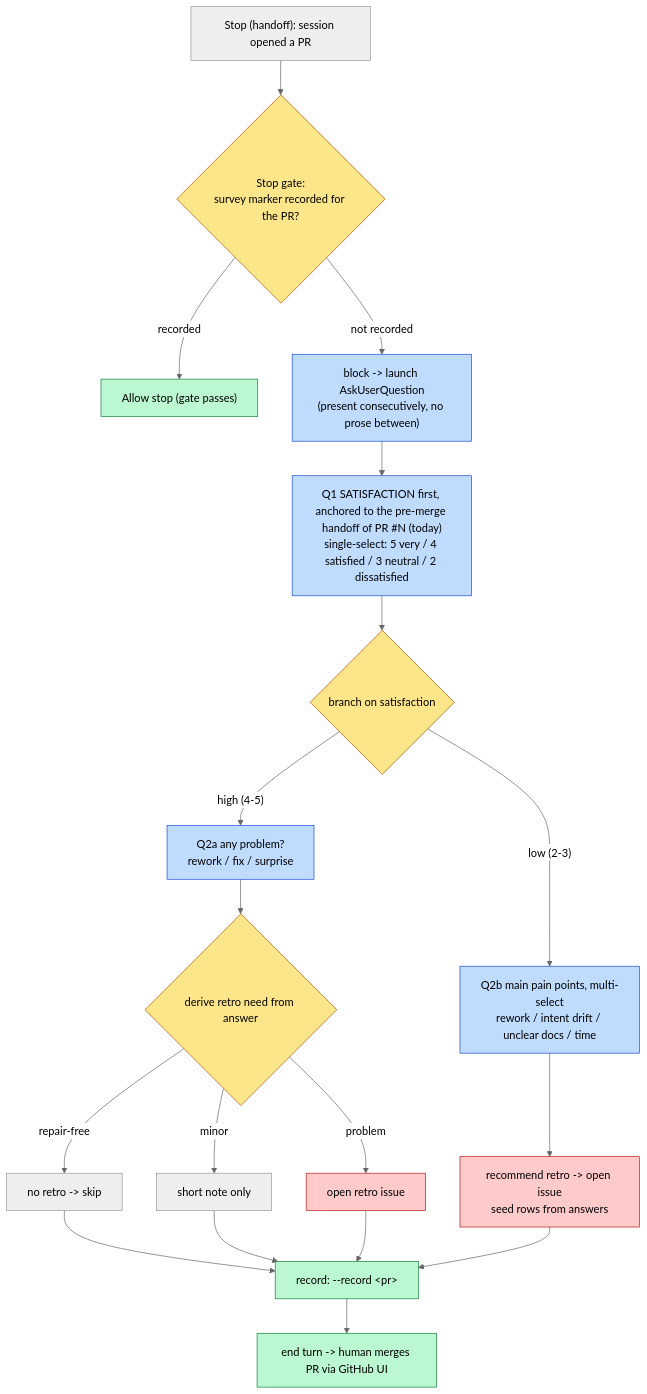
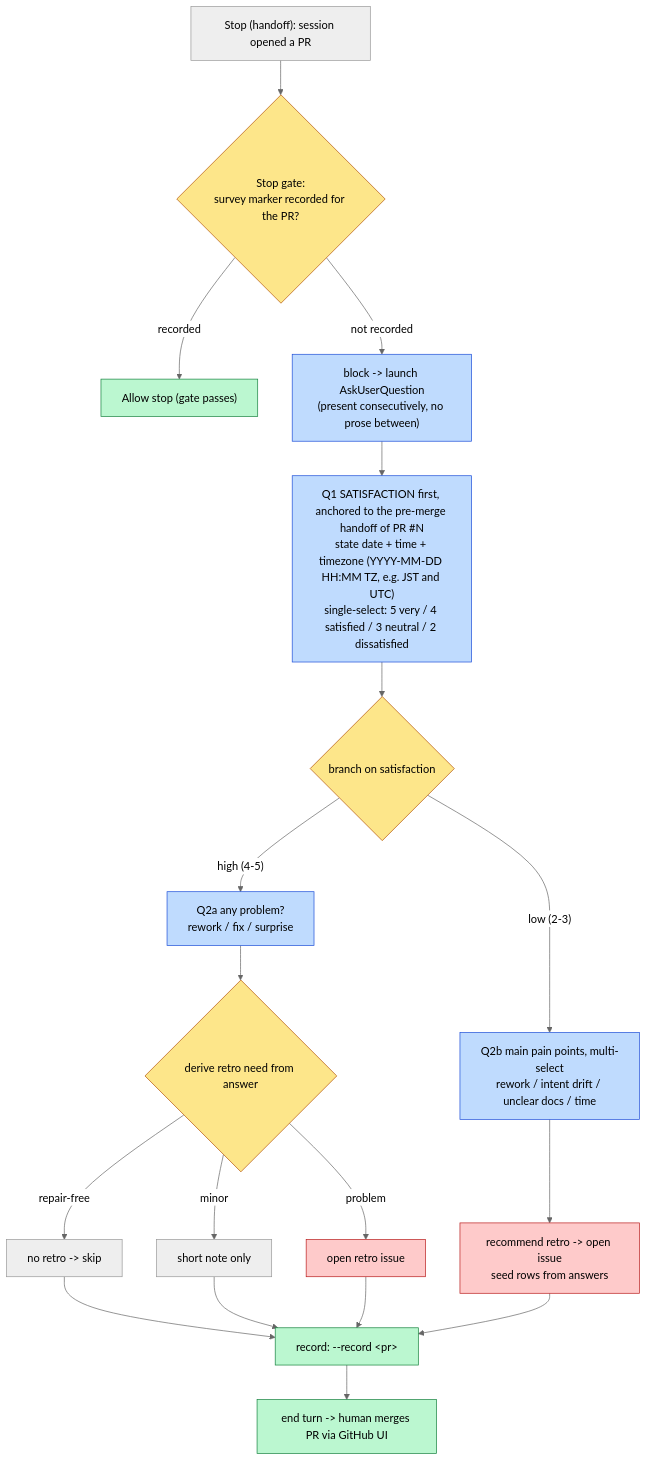
One commit to tvna/claude-md changed the diagram in docs/runbooks/pre-merge-retro-survey.md. Above: the diagram before and after it, drawn with Mermaid (neutral theme). The commit also changed other lines of this file and 2 other files, not shown here.

First line of the commit message:
fix(retro-survey): anchor handoff satisfaction to date + time + timezone

````diff
--- a/docs/runbooks/pre-merge-retro-survey.md
+++ b/docs/runbooks/pre-merge-retro-survey.md
@@ -29,33 +29,33 @@
 ```mermaid
 flowchart TD
     A["Stop (handoff): session opened a PR"] --> B{"Stop gate:<br/>survey marker recorded for the PR?"}
     B -- "recorded" --> Z["Allow stop (gate passes)"]
     B -- "not recorded" --> D["block -> launch AskUserQuestion<br/>(present consecutively, no prose between)"]
 
-    D --> Q1["Q1 SATISFACTION first, anchored to the pre-merge handoff of PR #N (today)<br/>single-select: 5 very / 4 satisfied / 3 neutral / 2 dissatisfied"]
+    D --> Q1["Q1 SATISFACTION first, anchored to the pre-merge handoff of PR #N<br/>state date + time + timezone (YYYY-MM-DD HH:MM TZ, e.g. JST and UTC)<br/>single-select: 5 very / 4 satisfied / 3 neutral / 2 dissatisfied"]
     Q1 --> SW{"branch on satisfaction"}
 
     SW -- "high (4-5)" --> Q2a["Q2a any problem?<br/>rework / fix / surprise"]
     Q2a --> P1{"derive retro need from answer"}
     P1 -- "repair-free" --> R1["no retro -> skip"]
     P1 -- "minor" --> R2["short note only"]
     P1 -- "problem" --> R3["open retro issue"]
 
     SW -- "low (2-3)" --> Q2b["Q2b main pain points, multi-select<br/>rework / intent drift / unclear docs / time"]
     Q2b --> R4["recommend retro -> open issue<br/>seed rows from answers"]
 
     R1 --> REC["record: --record &lt;pr&gt;"]
     R2 --> REC
     R3 --> REC
     R4 --> REC
     REC --> M["end turn -> human merges PR via GitHub UI"]
 
     classDef gate fill:#fde68a,stroke:#b45309,color:#000;
     classDef ask fill:#bfdbfe,stroke:#1d4ed8,color:#000;
     classDef retro fill:#fecaca,stroke:#b91c1c,color:#000;
     classDef done fill:#bbf7d0,stroke:#15803d,color:#000;
     class B,SW,P1 gate;
     class Q1,Q2a,Q2b,D ask;
     class R3,R4 retro;
     class Z,M,REC done;
 ```
````
